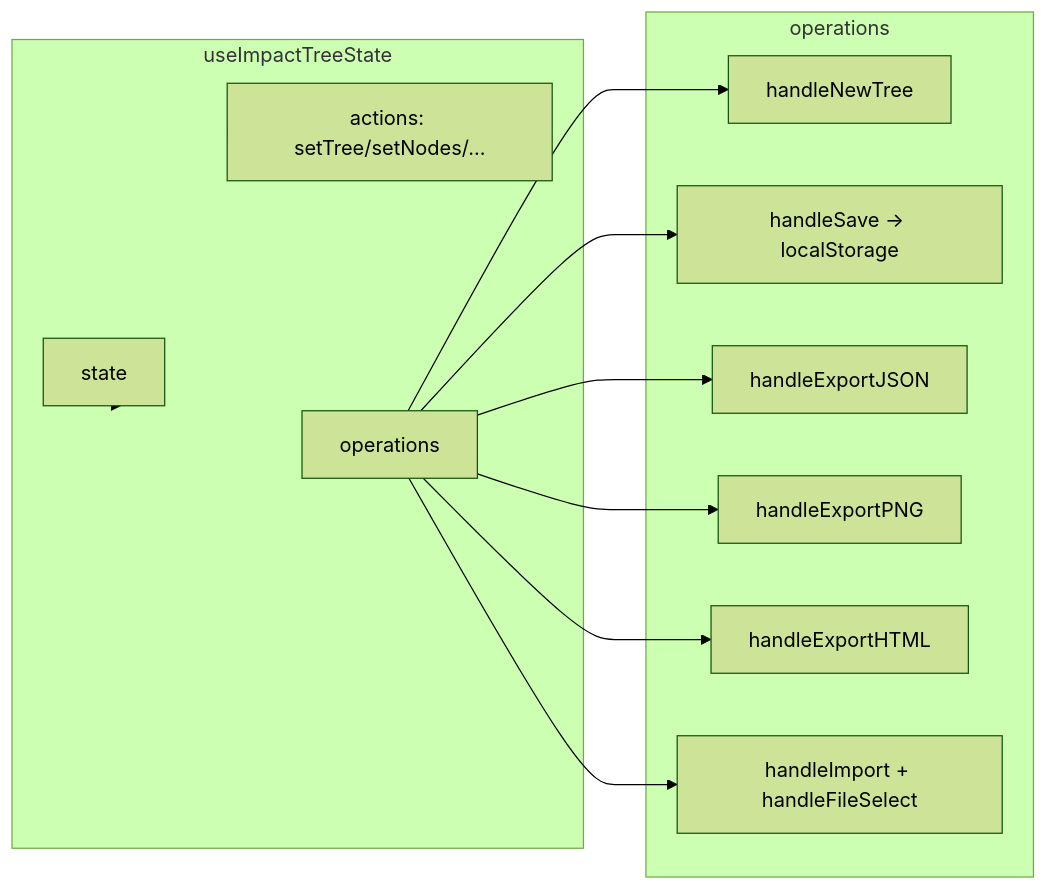
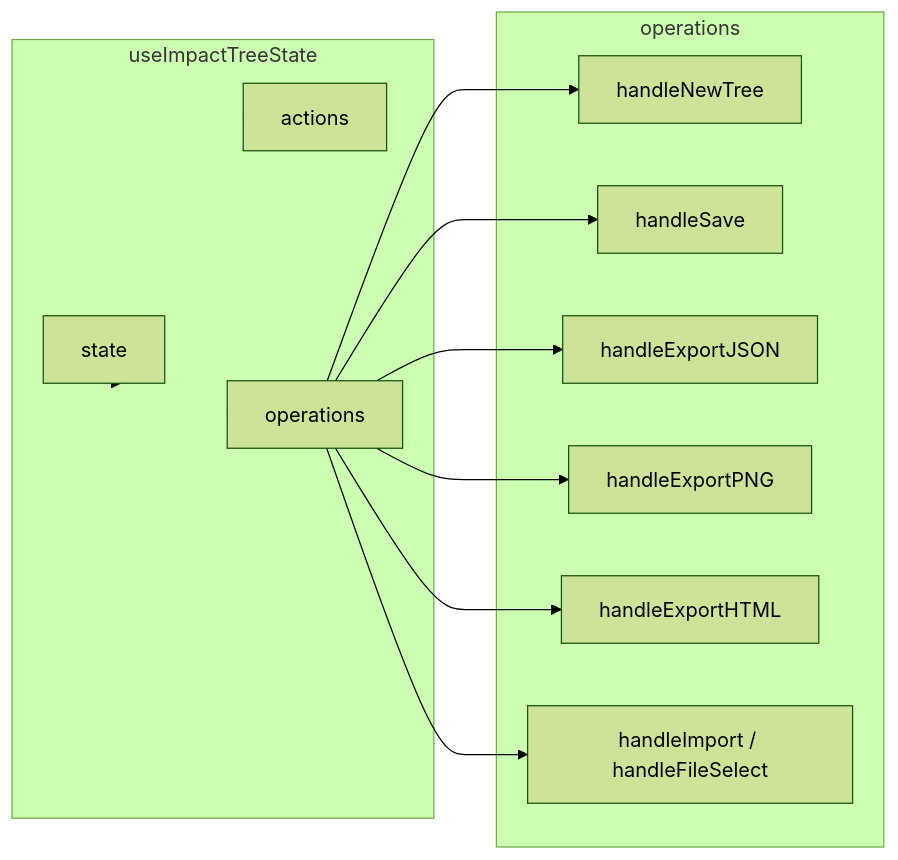
The third of 8 diagrams in docs/ARCHITECTURE.md (willis7/impact-tree-builder), drawn with Mermaid (forest theme) before and after one commit. The commit also changed other lines of this file, not shown here.

Commit message:
docs: fix mermaid diagram syntax

````diff
--- a/docs/ARCHITECTURE.md
+++ b/docs/ARCHITECTURE.md
@@ -221,28 +220,28 @@
 ```mermaid
 flowchart LR
-  subgraph Hook[useImpactTreeState]
-    State[state]
-    Actions[actions: setTree/setNodes/...]
-    Ops[operations]
+  subgraph Hook["useImpactTreeState"]
+    State["state"]
+    Actions["actions"]
+    Ops["operations"]
   end
 
-  subgraph OpsDetail[operations]
-    NewTree[handleNewTree]
-    Save[handleSave -> localStorage]
-    ExportJSON[handleExportJSON]
-    ExportPNG[handleExportPNG]
-    ExportHTML[handleExportHTML]
-    Import[handleImport + handleFileSelect]
+  subgraph OpsDetail["operations"]
+    NewTree["handleNewTree"]
+    Save["handleSave"]
+    ExportJSON["handleExportJSON"]
+    ExportPNG["handleExportPNG"]
+    ExportHTML["handleExportHTML"]
+    Import["handleImport / handleFileSelect"]
   end
 
   Hook --> State
   Hook --> Actions
   Hook --> Ops
 
   Ops --> NewTree
   Ops --> Save
   Ops --> ExportJSON
   Ops --> ExportPNG
   Ops --> ExportHTML
   Ops --> Import
 ```
````
